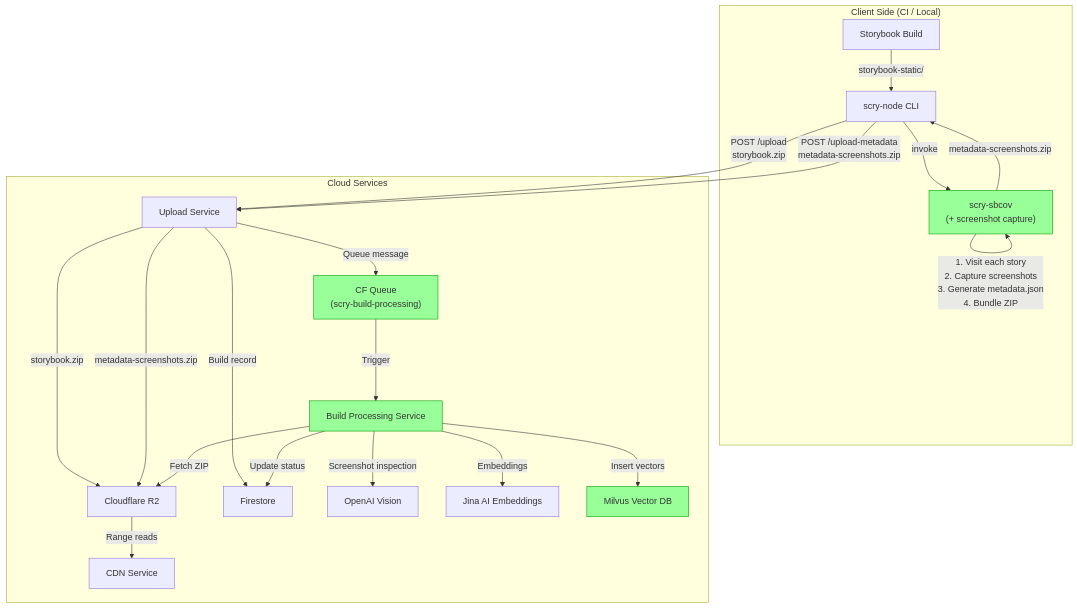
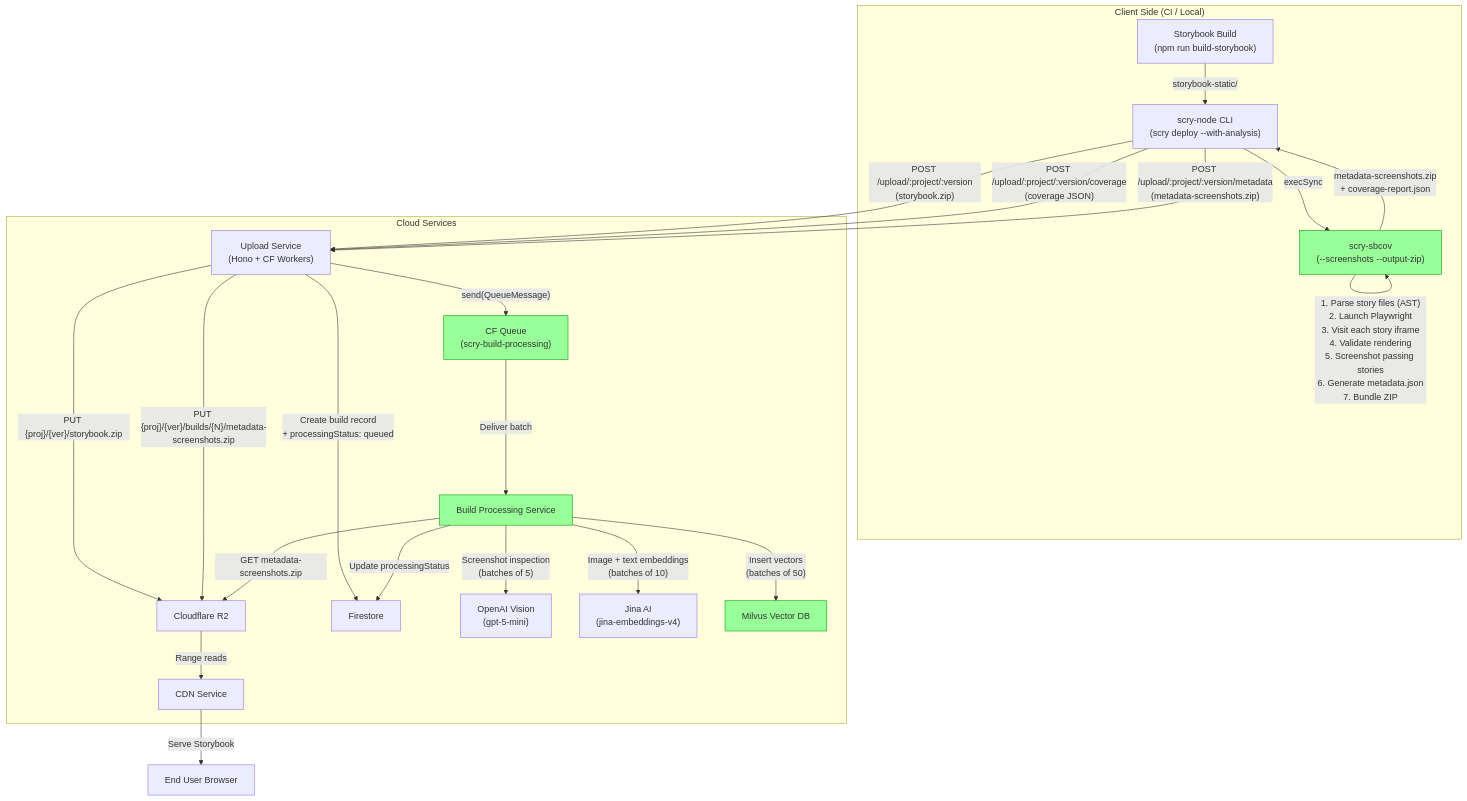
Before and after one commit to epinnock/scry-ops: the third of 9 diagrams in plans/screenshot-metadata-zip/03-architecture-diagrams.md, drawn with Mermaid. The commit also changed other lines of this file and 9 other files, not shown here.

Commit message:
feat: add screenshot metadata zip implementation plans and e2e scripts

````diff
--- a/plans/screenshot-metadata-zip/03-architecture-diagrams.md
+++ b/plans/screenshot-metadata-zip/03-architecture-diagrams.md
@@ -85,47 +85,49 @@
 ```mermaid
 flowchart TD
     subgraph Client["Client Side (CI / Local)"]
-        SB["Storybook Build"]
-        NODE["scry-node CLI"]
-        SBCOV["scry-sbcov<br/>(+ screenshot capture)"]
+        SB["Storybook Build<br/>(npm run build-storybook)"]
+        NODE["scry-node CLI<br/>(scry deploy --with-analysis)"]
+        SBCOV["scry-sbcov<br/>(--screenshots --output-zip)"]
     end
 
     subgraph Cloud["Cloud Services"]
-        UPLOAD["Upload Service"]
+        UPLOAD["Upload Service<br/>(Hono + CF Workers)"]
         QUEUE["CF Queue<br/>(scry-build-processing)"]
         R2["Cloudflare R2"]
         FS["Firestore"]
         CDN["CDN Service"]
         BPS["Build Processing Service"]
-        OPENAI["OpenAI Vision"]
-        JINA["Jina AI Embeddings"]
+        OPENAI["OpenAI Vision<br/>(gpt-5-mini)"]
+        JINA["Jina AI<br/>(jina-embeddings-v4)"]
         MILVUS["Milvus Vector DB"]
     end
 
     SB -->|"storybook-static/"| NODE
-    NODE -->|"invoke"| SBCOV
-    SBCOV -->|"1. Visit each story<br/>2. Capture screenshots<br/>3. Generate metadata.json<br/>4. Bundle ZIP"| SBCOV
-    SBCOV -->|"metadata-screenshots.zip"| NODE
+    NODE -->|"execSync"| SBCOV
+    SBCOV -->|"1. Parse story files (AST)<br/>2. Launch Playwright<br/>3. Visit each story iframe<br/>4. Validate rendering<br/>5. Screenshot passing stories<br/>6. Generate metadata.json<br/>7. Bundle ZIP"| SBCOV
+    SBCOV -->|"metadata-screenshots.zip<br/>+ coverage-report.json"| NODE
 
-    NODE -->|"POST /upload<br/>storybook.zip"| UPLOAD
-    NODE -->|"POST /upload-metadata<br/>metadata-screenshots.zip"| UPLOAD
+    NODE -->|"POST /upload/:project/:version<br/>(storybook.zip)"| UPLOAD
+    NODE -->|"POST /upload/:project/:version/coverage<br/>(coverage JSON)"| UPLOAD
+    NODE -->|"POST /upload/:project/:version/metadata<br/>(metadata-screenshots.zip)"| UPLOAD
 
-    UPLOAD -->|"storybook.zip"| R2
-    UPLOAD -->|"metadata-screenshots.zip"| R2
-    UPLOAD -->|"Build record"| FS
-    UPLOAD -->|"Queue message"| QUEUE
+    UPLOAD -->|"PUT {proj}/{ver}/storybook.zip"| R2
+    UPLOAD -->|"PUT {proj}/{ver}/builds/{N}/metadata-screenshots.zip"| R2
+    UPLOAD -->|"Create build record<br/>+ processingStatus: queued"| FS
+    UPLOAD -->|"send(QueueMessage)"| QUEUE
 
-    QUEUE -->|"Trigger"| BPS
-    BPS -->|"Fetch ZIP"| R2
-    BPS -->|"Screenshot inspection"| OPENAI
-    BPS -->|"Embeddings"| JINA
-    BPS -->|"Insert vectors"| MILVUS
-    BPS -->|"Update status"| FS
+    QUEUE -->|"Deliver batch"| BPS
+    BPS -->|"GET metadata-screenshots.zip"| R2
+    BPS -->|"Screenshot inspection<br/>(batches of 5)"| OPENAI
+    BPS -->|"Image + text embeddings<br/>(batches of 10)"| JINA
+    BPS -->|"Insert vectors<br/>(batches of 50)"| MILVUS
+    BPS -->|"Update processingStatus"| FS
 
     R2 -->|"Range reads"| CDN
+    CDN -->|"Serve Storybook"| USER["End User Browser"]
 
     style SBCOV fill:#99ff99,stroke:#009900
     style QUEUE fill:#99ff99,stroke:#009900
     style BPS fill:#99ff99,stroke:#009900
     style MILVUS fill:#99ff99,stroke:#009900
 ```
````
